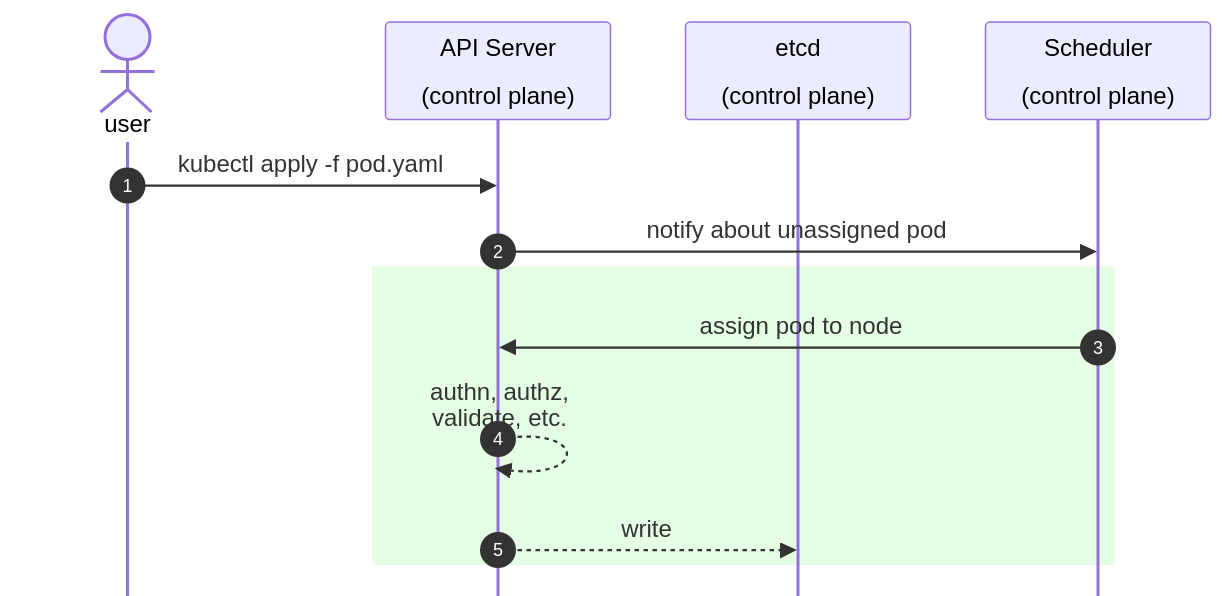
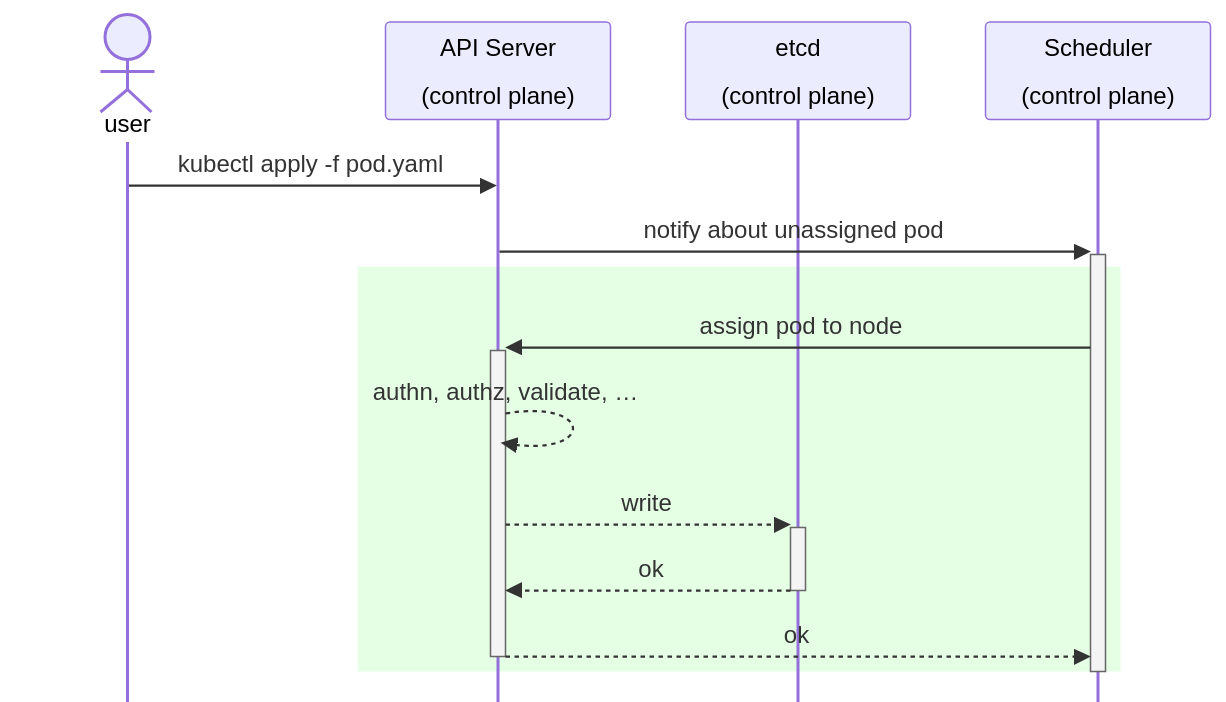
The eighth of 19 diagrams in tlak/slides.md (ndrpnt/slides), drawn with Mermaid before and after one commit. The commit also changed other lines of this file, not shown here.

````diff
--- a/tlak/slides.md
+++ b/tlak/slides.md
@@ -579,16 +581,19 @@
 ```mermaid {scale: 0.66}
-%%{init:{"mirrorActors": false, "showSequenceNumbers": true}}%%
+%%{init:{"mirrorActors": false}}%%
 sequenceDiagram
     actor user
     participant api as API Server<br><br>(control plane)
     participant etcd as etcd<br><br>(control plane)
     participant scheduler as Scheduler<br><br>(control plane)
 
     user->>api: kubectl apply -f pod.yaml
-    api->>scheduler: notify about unassigned pod
+    api->>+scheduler: notify about unassigned pod
     rect rgba(0, 255, 0, .1)
-      scheduler->>api: assign pod to node
-      api-->>api: authn, authz,<br>validate, etc.
-      api-->>etcd: write
+      scheduler->>+api: assign pod to node
+      api-->>api: authn, authz, validate, …
+      api-->>+etcd: write
+      etcd-->>-api: ok
+      api-->>-scheduler: ok
     end
+    deactivate scheduler
 ```
````
